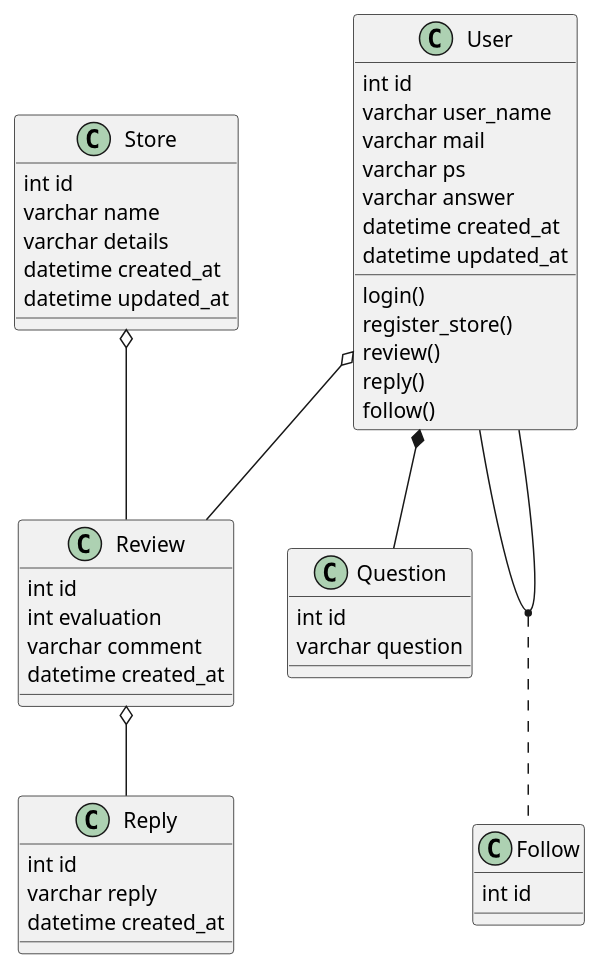
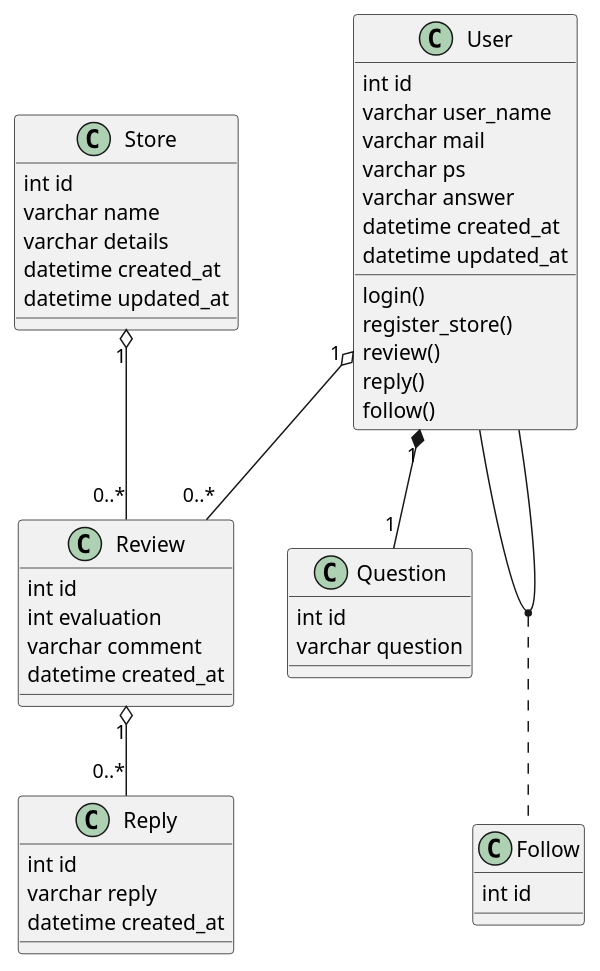
The diagram in docs/test.puml (e195408/java-semi), drawn with PlantUML before and after one commit.

Commit message:
多重度について記載

```diff
--- a/docs/test.puml
+++ b/docs/test.puml
@@ -1,55 +1,55 @@
 @startuml
 
 class User {
     int id
     varchar user_name
     varchar mail
     varchar ps
     varchar answer
     datetime created_at
     datetime updated_at
 
     login()
     register_store()
     review()
     reply()
     follow()
 }
 
 class Store {
     int id
     varchar name
     varchar details
     datetime created_at
     datetime updated_at
 }
 
 class Review {
     int id
     int evaluation
     varchar comment
     datetime created_at
 }
 
 class Reply {
     int id
     varchar reply
     datetime created_at
 }
 
 class Follow {
     int id
 }
 
 class Question {
     int id
     varchar question
 }
 
-User o-- Review
-Review o-- Reply
-Store o-- Review
-User *-- Question
+User"1" o-- "0..*"Review
+Review"1" o-- "0..*"Reply
+Store"1" o-- "0..*"Review
+User"1" *-- "1"Question
 (User,User) .. Follow
 
 @enduml
```
